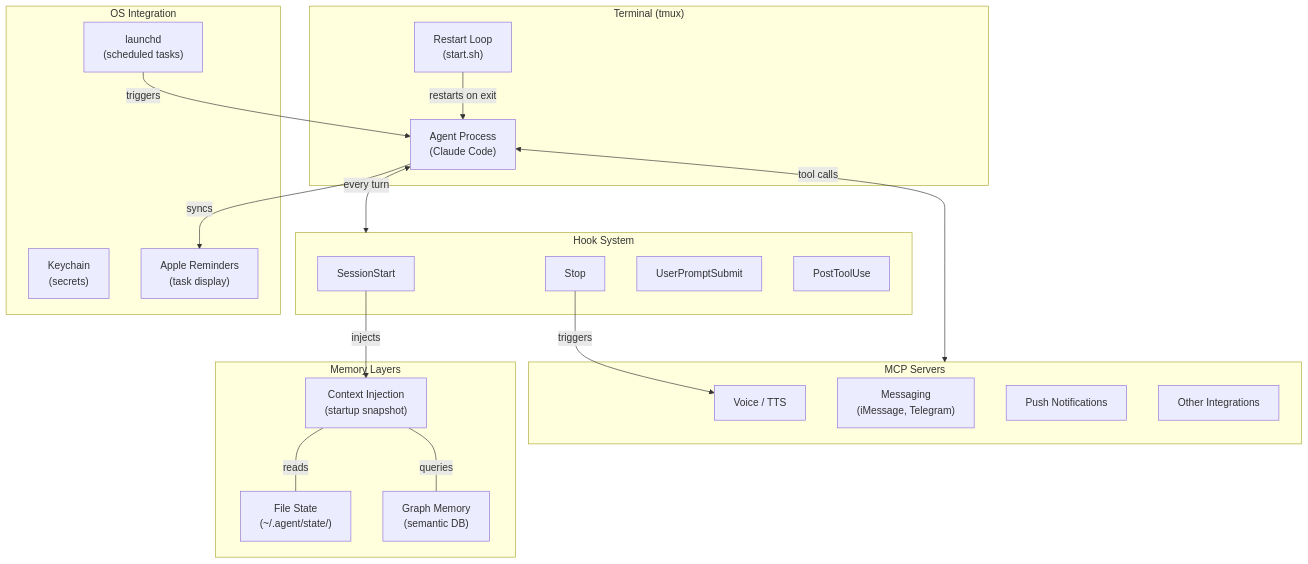
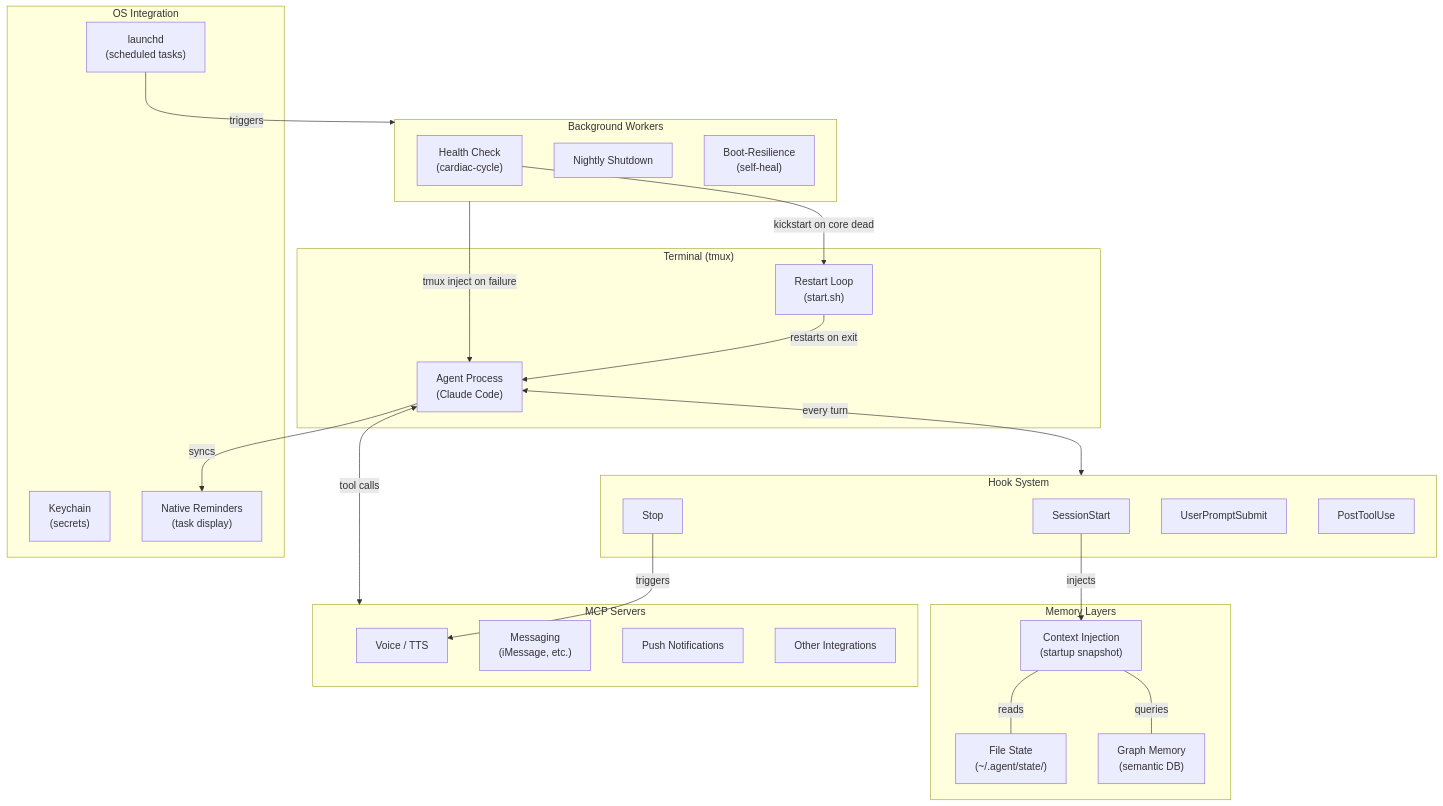
Before and after one commit to tars23364-bit/persistent-agent-guide: the diagram in diagrams/architecture-overview.md, drawn with Mermaid. The commit also changed other lines of this file and 26 other files, not shown here.

````diff
--- a/diagrams/architecture-overview.md
+++ b/diagrams/architecture-overview.md
@@ -5,43 +5,51 @@
 ```mermaid
 graph TB
     subgraph Terminal["Terminal (tmux)"]
         Agent["Agent Process<br/>(Claude Code)"]
         Loop["Restart Loop<br/>(start.sh)"]
     end
 
     subgraph Hooks["Hook System"]
         SessionStart["SessionStart"]
         Stop["Stop"]
         UserPrompt["UserPromptSubmit"]
         PostTool["PostToolUse"]
     end
 
     subgraph Memory["Memory Layers"]
         Files["File State<br/>(~/.agent/state/)"]
         Graph["Graph Memory<br/>(semantic DB)"]
         Context["Context Injection<br/>(startup snapshot)"]
     end
 
     subgraph MCP["MCP Servers"]
         Voice["Voice / TTS"]
-        Messaging["Messaging<br/>(iMessage, Telegram)"]
+        Messaging["Messaging<br/>(iMessage, etc.)"]
         Notifications["Push Notifications"]
         External["Other Integrations"]
     end
 
     subgraph OS["OS Integration"]
         LaunchD["launchd<br/>(scheduled tasks)"]
         Keychain["Keychain<br/>(secrets)"]
-        Reminders["Apple Reminders<br/>(task display)"]
+        Reminders["Native Reminders<br/>(task display)"]
+    end
+
+    subgraph Workers["Background Workers"]
+        HealthCheck["Health Check<br/>(cardiac-cycle)"]
+        NightlyShutdown["Nightly Shutdown"]
+        BootResilience["Boot-Resilience<br/>(self-heal)"]
     end
 
     Loop -->|restarts on exit| Agent
     Agent <-->|every turn| Hooks
     SessionStart -->|injects| Context
     Context ---|reads| Files
     Context ---|queries| Graph
     Agent <-->|tool calls| MCP
-    LaunchD -->|triggers| Agent
+    LaunchD -->|triggers| Workers
+    Workers -->|tmux inject on failure| Agent
     Agent -->|syncs| Reminders
     Stop -->|triggers| Voice
+    HealthCheck -->|kickstart on core dead| Loop
 ```
````
